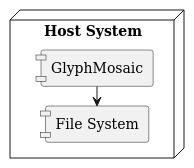
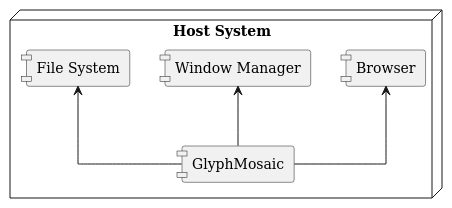
One commit to zwerdlds/GlyphMosaic changed the diagram in documentation/Specification/diagrams/app_host.plantuml. Above: the diagram before and after it, drawn with PlantUML. The commit also changed 17 other files, not shown here.

Commit message:
docs: - labeled subsystems for proper refs - keywords has more key components - source module added - arch views expanded and clarified - wm and browser added to context diagram - missing bitmap relationshp described

```diff
--- a/documentation/Specification/diagrams/app_host.plantuml
+++ b/documentation/Specification/diagrams/app_host.plantuml
@@ -1,17 +1,18 @@
 @startuml
-skinparam nodesep 20
-skinparam ranksep 1
-left to right direction
 skinparam componentStyle uml1
 skinparam defaultFontName DejaVu Serif
 skinparam linetype ortho
 
 node "Host System" {
     [GlyphMosaic] as gm
     [File System] as fs
+    [Window Manager] as wm
+    [Browser] as br
 }
 
 
-gm -l-> fs
+gm -u-> fs
+gm -u-> wm
+gm -u-> br
 
 @enduml
```
